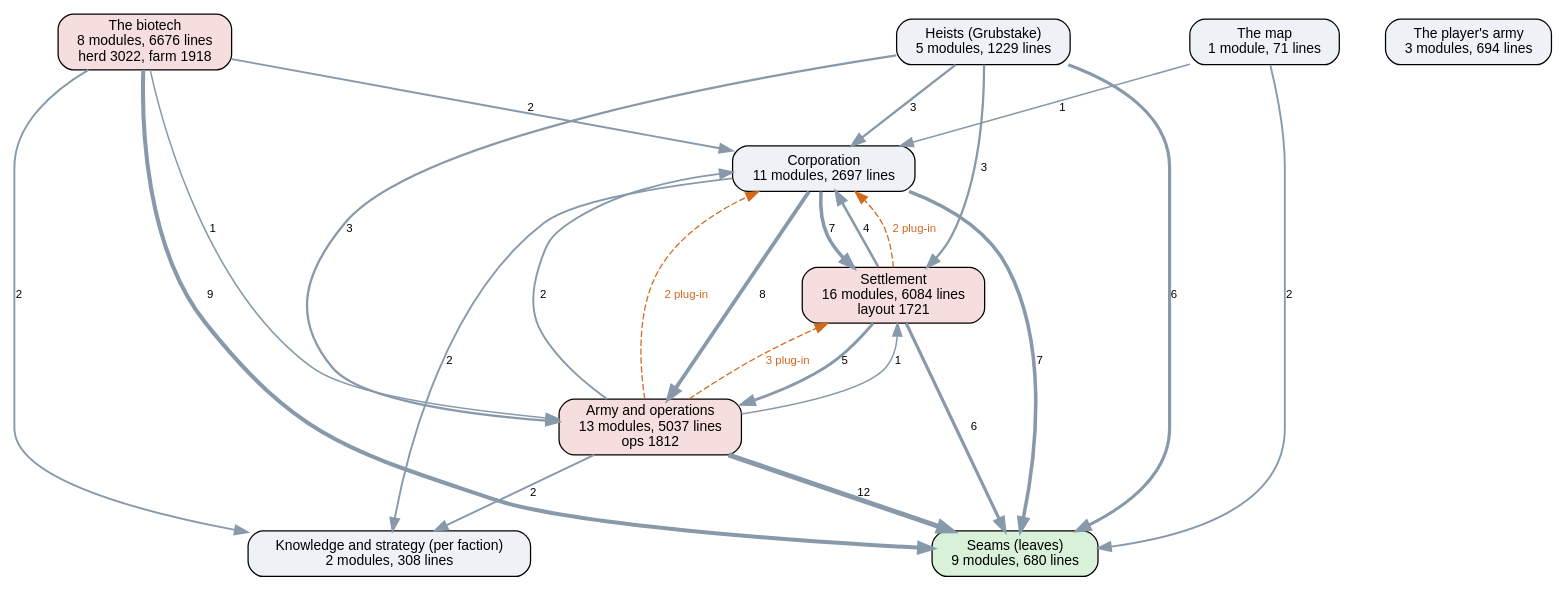
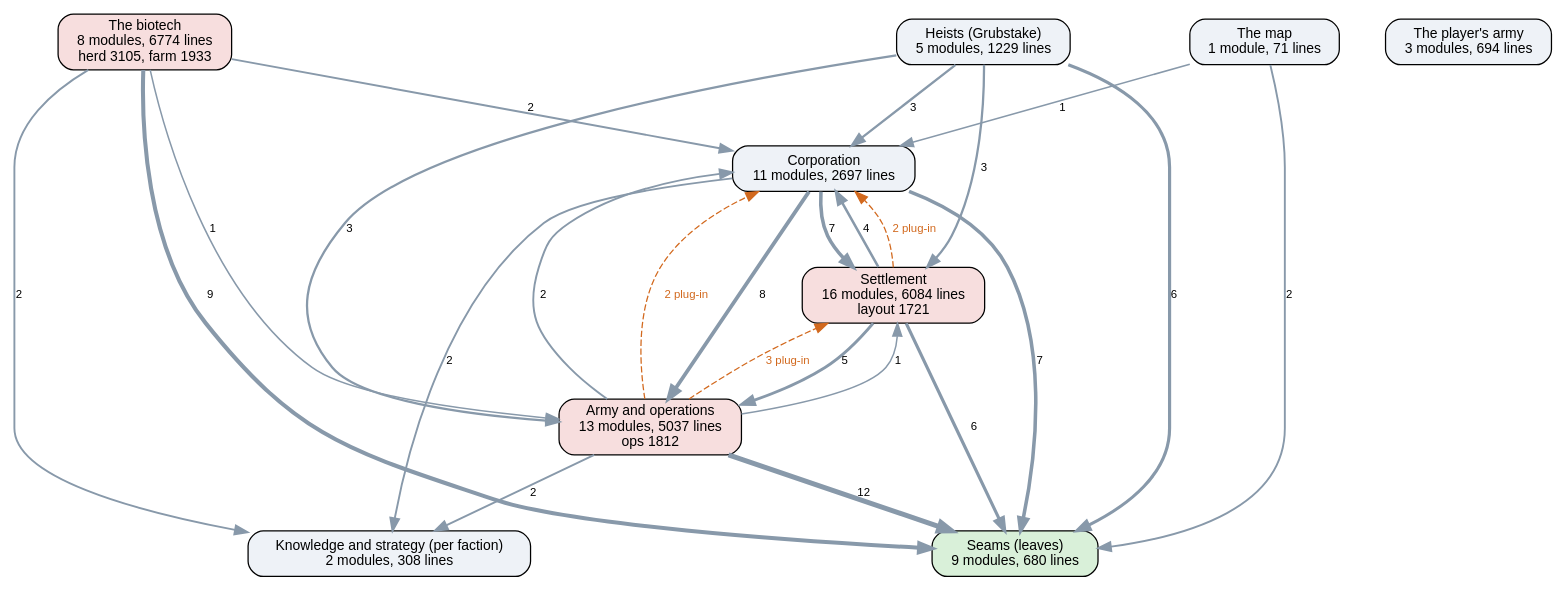
Before and after one commit to kinelhu/landing-party: the diagram in docs/ai-layers.dot, drawn with Graphviz. The commit also changed 14 other files, not shown here.

```diff
--- a/docs/ai-layers.dot
+++ b/docs/ai-layers.dot
@@ -1,38 +1,38 @@
 digraph layers {
   graph [rankdir=TB, fontname="Helvetica", nodesep=0.5, ranksep=0.7];
   node [shape=box, style="rounded,filled", fontname="Helvetica", fontsize=11, fillcolor="#eef2f7"];
   edge [color="#8899aa", fontname="Helvetica", fontsize=9];
   "Seams (leaves)" [label="Seams (leaves)\n9 modules, 680 lines", fillcolor="#d9f0d9"];
   "Knowledge and strategy (per faction)" [label="Knowledge and strategy (per faction)\n2 modules, 308 lines", fillcolor="#eef2f7"];
   "Corporation" [label="Corporation\n11 modules, 2697 lines", fillcolor="#eef2f7"];
   "Settlement" [label="Settlement\n16 modules, 6084 lines\nlayout 1721", fillcolor="#f7dede"];
   "Army and operations" [label="Army and operations\n13 modules, 5037 lines\nops 1812", fillcolor="#f7dede"];
   "Heists (Grubstake)" [label="Heists (Grubstake)\n5 modules, 1229 lines", fillcolor="#eef2f7"];
-  "The biotech" [label="The biotech\n8 modules, 6676 lines\nherd 3022, farm 1918", fillcolor="#f7dede"];
+  "The biotech" [label="The biotech\n8 modules, 6774 lines\nherd 3105, farm 1933", fillcolor="#f7dede"];
   "The map" [label="The map\n1 module, 71 lines", fillcolor="#eef2f7"];
   "The player's army" [label="The player's army\n3 modules, 694 lines", fillcolor="#eef2f7"];
   "Army and operations" -> "Corporation" [label="2", penwidth=1.5];
   "Army and operations" -> "Knowledge and strategy (per faction)" [label="2", penwidth=1.5];
   "Army and operations" -> "Seams (leaves)" [label="12", penwidth=4.0];
   "Army and operations" -> "Settlement" [label="1", penwidth=1.2];
   "Corporation" -> "Army and operations" [label="8", penwidth=3.0];
   "Corporation" -> "Knowledge and strategy (per faction)" [label="2", penwidth=1.5];
   "Corporation" -> "Seams (leaves)" [label="7", penwidth=2.8];
   "Corporation" -> "Settlement" [label="7", penwidth=2.8];
   "Heists (Grubstake)" -> "Army and operations" [label="3", penwidth=1.8];
   "Heists (Grubstake)" -> "Corporation" [label="3", penwidth=1.8];
   "Heists (Grubstake)" -> "Seams (leaves)" [label="6", penwidth=2.5];
   "Heists (Grubstake)" -> "Settlement" [label="3", penwidth=1.8];
   "Settlement" -> "Army and operations" [label="5", penwidth=2.2];
   "Settlement" -> "Corporation" [label="4", penwidth=2.0];
   "Settlement" -> "Seams (leaves)" [label="6", penwidth=2.5];
   "The biotech" -> "Army and operations" [label="1", penwidth=1.2];
   "The biotech" -> "Corporation" [label="2", penwidth=1.5];
   "The biotech" -> "Knowledge and strategy (per faction)" [label="2", penwidth=1.5];
   "The biotech" -> "Seams (leaves)" [label="9", penwidth=3.2];
   "The map" -> "Corporation" [label="1", penwidth=1.2];
   "The map" -> "Seams (leaves)" [label="2", penwidth=1.5];
   "Army and operations" -> "Corporation" [style=dashed, color="#d2691e", fontcolor="#d2691e", label="2 plug-in"];
   "Army and operations" -> "Settlement" [style=dashed, color="#d2691e", fontcolor="#d2691e", label="3 plug-in"];
   "Settlement" -> "Corporation" [style=dashed, color="#d2691e", fontcolor="#d2691e", label="2 plug-in"];
 }
```
